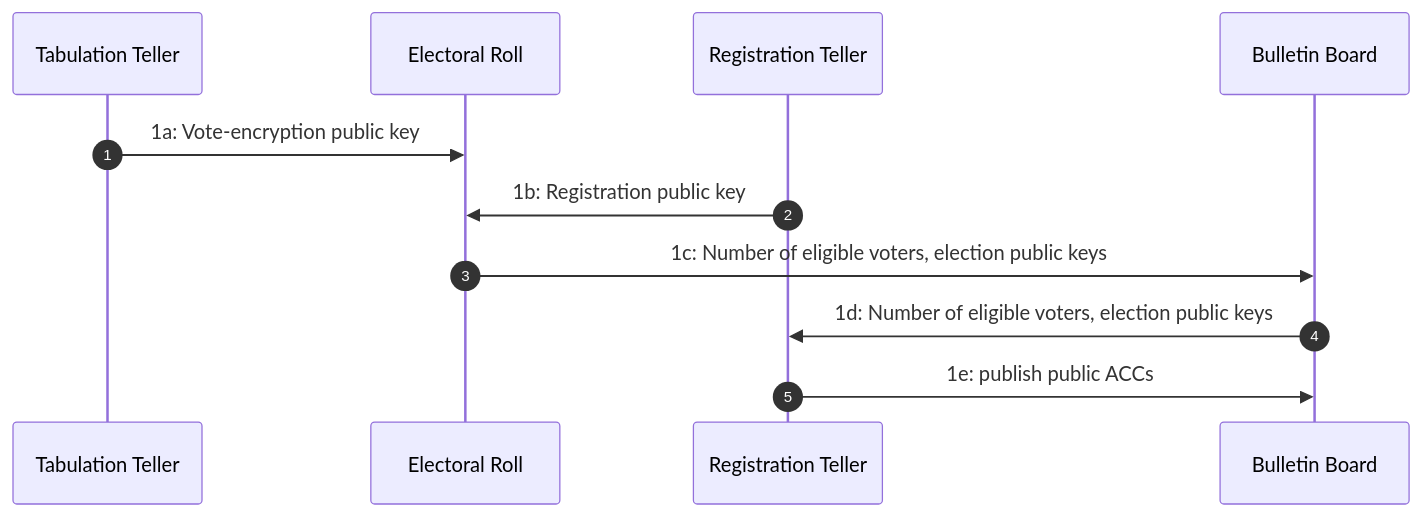
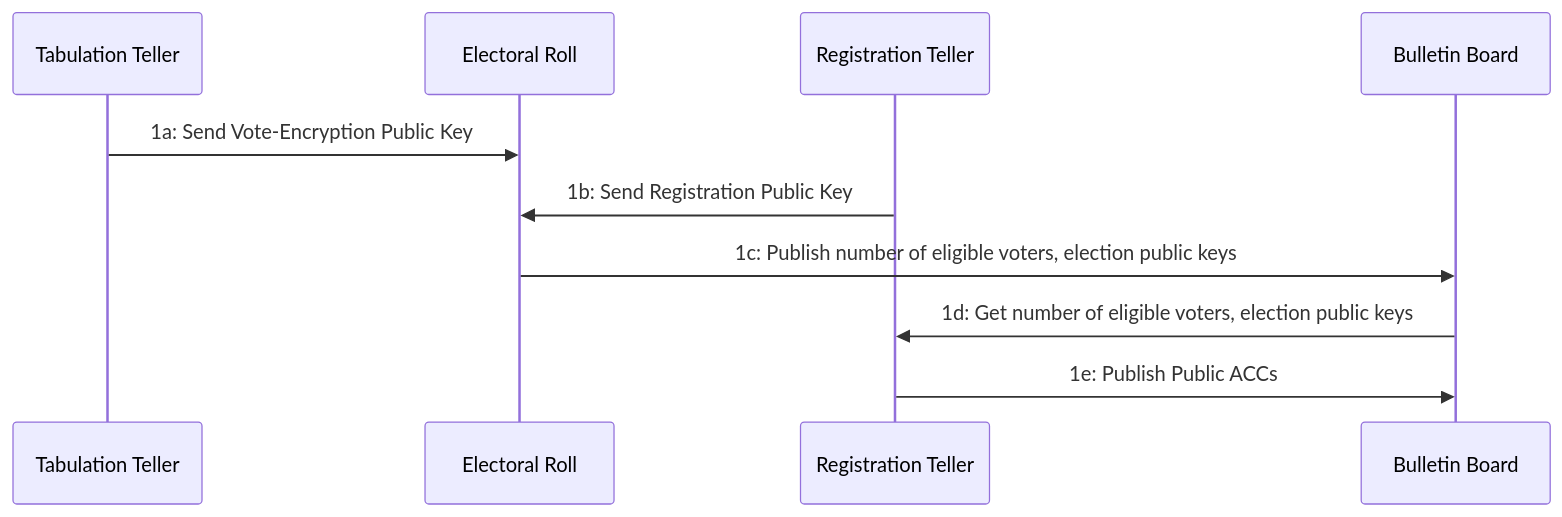
One commit to AlessandroPerez/evoting-rs changed the first of 5 diagrams in README.md. Above: the diagram before and after it, drawn with Mermaid. The commit also changed other lines of this file, not shown here.

````diff
--- a/README.md
+++ b/README.md
@@ -23,13 +23,13 @@
 ```mermaid
 sequenceDiagram
-    autonumber
+    %%autonumber
     participant TT as Tabulation Teller
     participant ER as Electoral Roll
     participant RT as Registration Teller
     participant WBB as Bulletin Board
-    TT->>ER: 1a: Vote-encryption public key
-    RT->>ER: 1b: Registration public key
-    ER->>WBB: 1c: Number of eligible voters, election public keys
-    WBB->>RT: 1d: Number of eligible voters, election public keys
-    RT->>WBB: 1e: publish public ACCs
+    TT->>ER: 1a: Send Vote-Encryption Public Key
+    RT->>ER: 1b: Send Registration Public Key
+    ER->>WBB: 1c: Publish number of eligible voters, election public keys
+    WBB->>RT: 1d: Get number of eligible voters, election public keys
+    RT->>WBB: 1e: Publish Public ACCs
 ```
````
